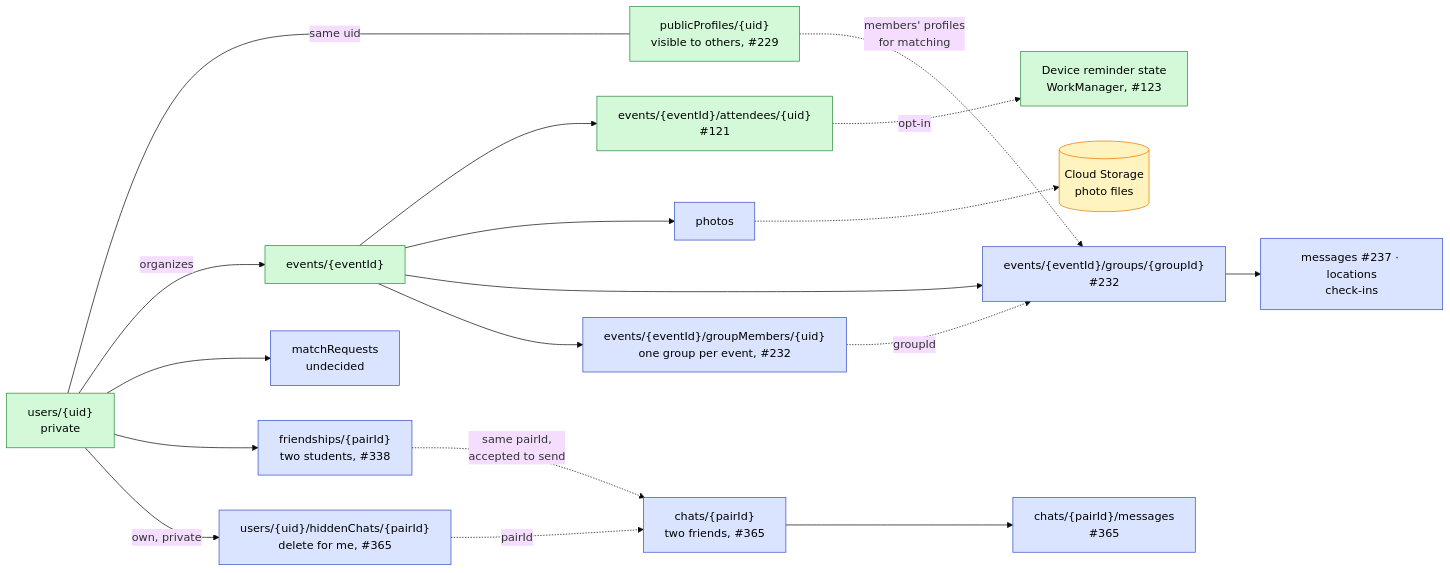
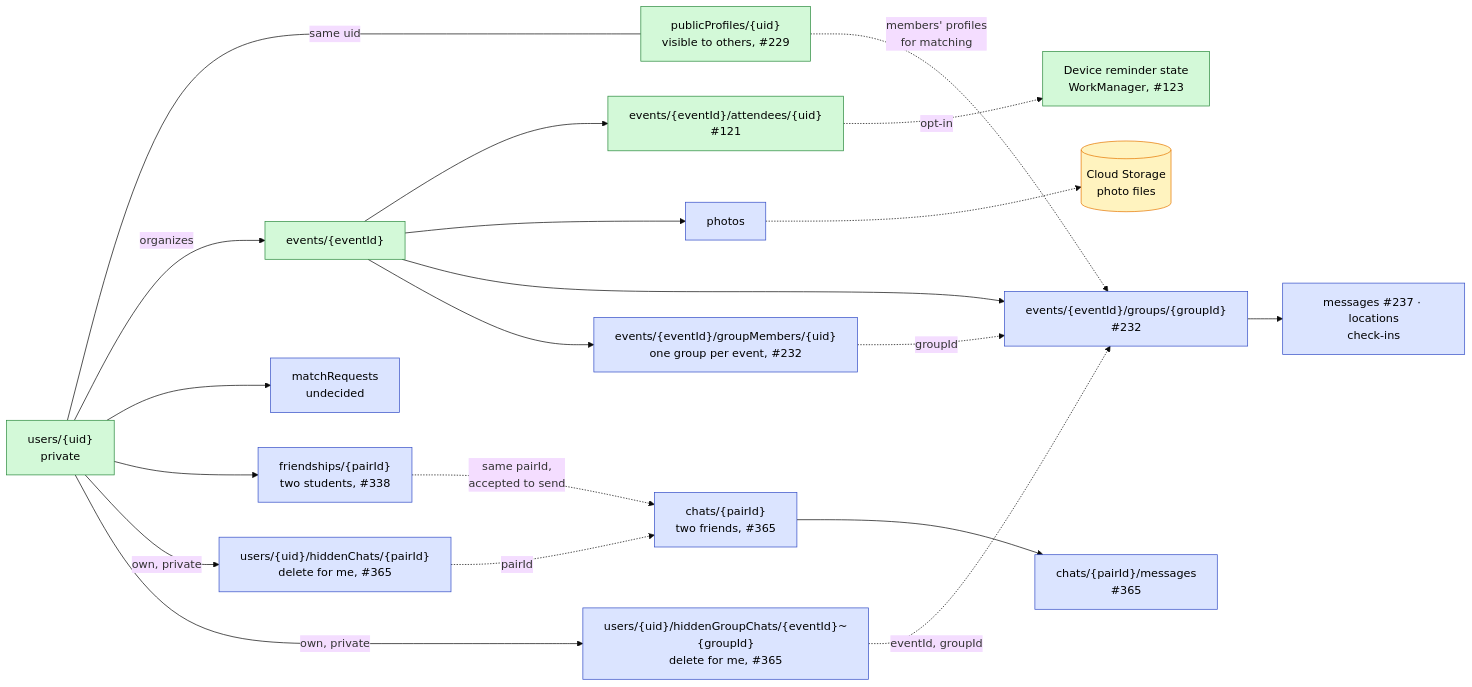
Diagram 14 of 14 in docs/Architecture-Diagram.md (swent-polysocial/PolySocial), drawn with Mermaid (base theme) before and after one commit. The commit also changed other lines of this file, not shown here.

First line of the commit message:
docs: add group chat markers to tables and matrix

````diff
--- a/docs/Architecture-Diagram.md
+++ b/docs/Architecture-Diagram.md
@@ -746,40 +746,43 @@
 ```mermaid
 flowchart LR
   classDef s1 fill:#d3f9d8,stroke:#2b8a3e,color:#000
   classDef pb fill:#dbe4ff,stroke:#364fc7,color:#000
   classDef ext fill:#fff3bf,stroke:#e67700,color:#000
 
   users["users/{uid}<br/>private"]:::s1
   pub["publicProfiles/{uid}<br/>visible to others, #229"]:::s1
   events["events/{eventId}"]:::s1
   reg["events/{eventId}/attendees/{uid}<br/>#121"]:::s1
   reminders["Device reminder state<br/>WorkManager, #123"]:::s1
   photos["photos"]:::pb
   groups["events/{eventId}/groups/{groupId}<br/>#232"]:::pb
   marker["events/{eventId}/groupMembers/{uid}<br/>one group per event, #232"]:::pb
   sub["messages #237 · locations<br/>check-ins"]:::pb
   mreq["matchRequests<br/>undecided"]:::pb
   friends["friendships/{pairId}<br/>two students, #338"]:::pb
   direct["chats/{pairId}<br/>two friends, #365"]:::pb
   directMsgs["chats/{pairId}/messages<br/>#365"]:::pb
   hidden["users/{uid}/hiddenChats/{pairId}<br/>delete for me, #365"]:::pb
+  hiddenGroup["users/{uid}/hiddenGroupChats/{eventId}~{groupId}<br/>delete for me, #365"]:::pb
   storage[("Cloud Storage<br/>photo files")]:::ext
 
   users --- |"same uid"| pub
   users -->|"organizes"| events
   events --> reg
   reg -. opt-in .-> reminders
   events --> photos
   photos -.-> storage
   events --> groups
   events --> marker
   marker -. "groupId" .-> groups
   groups --> sub
   pub -. "members' profiles<br/>for matching" .-> groups
   users --> mreq
   users --> friends
   friends -. "same pairId,<br/>accepted to send" .-> direct
   direct --> directMsgs
   users --> |"own, private"| hidden
   hidden -. "pairId" .-> direct
+  users --> |"own, private"| hiddenGroup
+  hiddenGroup -. "eventId, groupId" .-> groups
 ```
````
